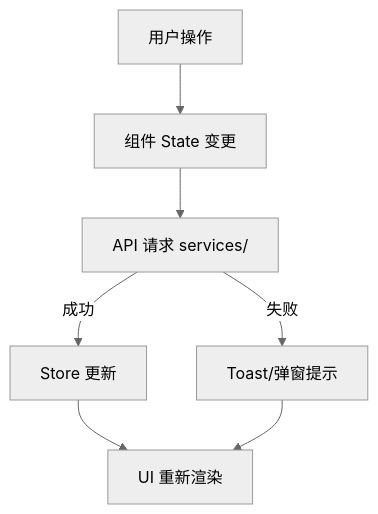
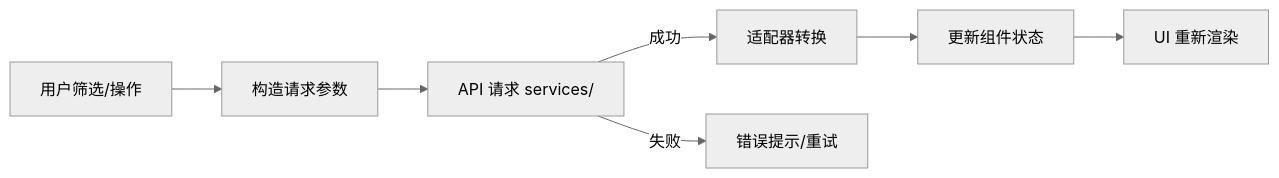
The third of 3 diagrams in writing-doc/references/前端功能技术文档模板.md (TomorrowLM/lm-skill), drawn with Mermaid (neutral theme) before and after one commit. The commit also changed other lines of this file, not shown here.

````diff
--- a/writing-doc/references/前端功能技术文档模板.md
+++ b/writing-doc/references/前端功能技术文档模板.md
@@ -101,9 +158,9 @@
 ```mermaid
-flowchart TD
-    A[用户操作] --> B[组件 State 变更]
+flowchart LR
+    A[用户筛选/操作] --> B[构造请求参数]
     B --> C[API 请求 services/]
-    C -->|成功| D[Store 更新]
-    D --> E[UI 重新渲染]
-    C -->|失败| F[Toast/弹窗提示]
-    F --> E
+    C -->|成功| D[适配器转换]
+    D --> E[更新组件状态]
+    E --> F[UI 重新渲染]
+    C -->|失败| G[错误提示/重试]
 ```
````
